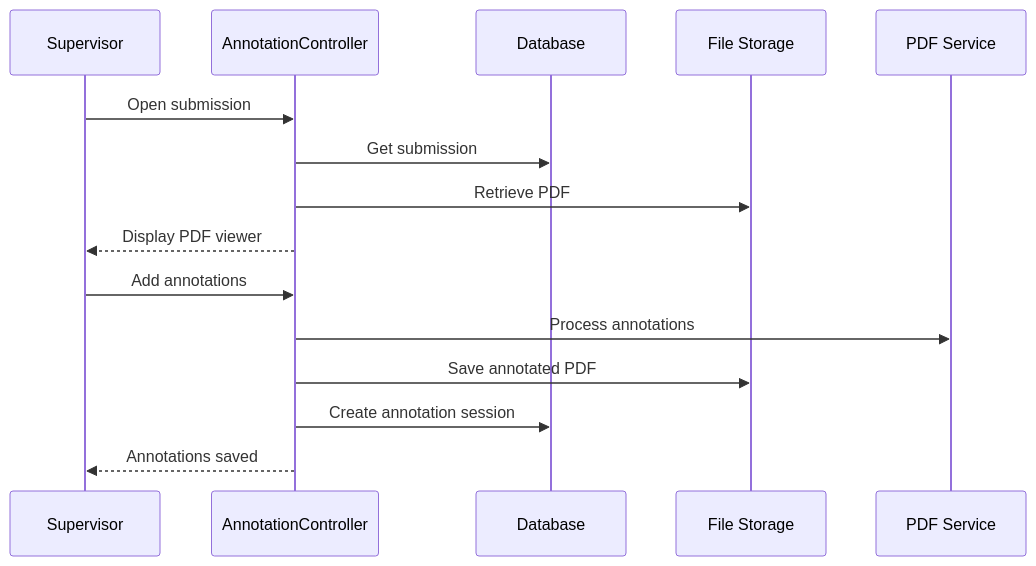
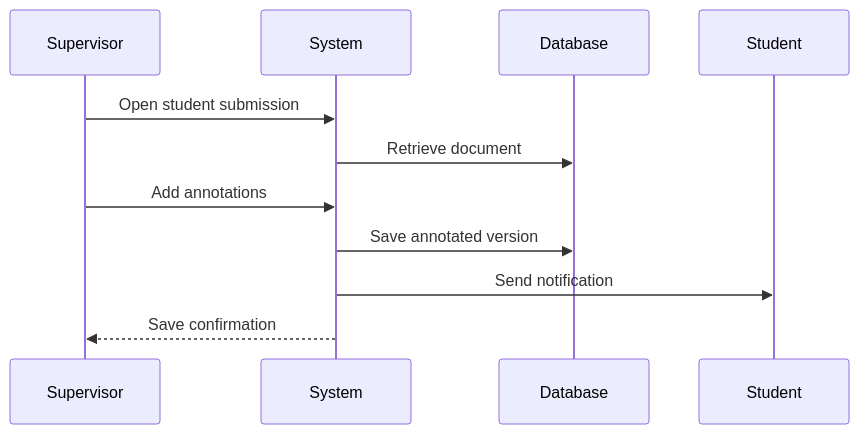
The sixth of 16 diagrams in sequence.md (abdullah2323442/thesisrepo-backup), drawn with Mermaid before and after one commit. The commit also changed other lines of this file, not shown here.

Commit message:
refactor(sequence-diagrams): Revise sequence diagrams for improved clarity and organization of system workflows

````diff
--- a/sequence.md
+++ b/sequence.md
@@ -202,18 +109,14 @@
 ```mermaid
 sequenceDiagram
-    participant Su as Supervisor
-    participant AC as AnnotationController
-    participant DB as Database
-    participant FS as File Storage
-    participant PDF as PDF Service
+    participant Supervisor
+    participant System
+    participant Database
+    participant Student
 
-    Su->>AC: Open submission
-    AC->>DB: Get submission
-    AC->>FS: Retrieve PDF
-    AC-->>Su: Display PDF viewer
-    Su->>AC: Add annotations
-    AC->>PDF: Process annotations
-    AC->>FS: Save annotated PDF
-    AC->>DB: Create annotation session
-    AC-->>Su: Annotations saved
+    Supervisor->>System: Open student submission
+    System->>Database: Retrieve document
+    Supervisor->>System: Add annotations
+    System->>Database: Save annotated version
+    System->>Student: Send notification
+    System-->>Supervisor: Save confirmation
 ```
````
